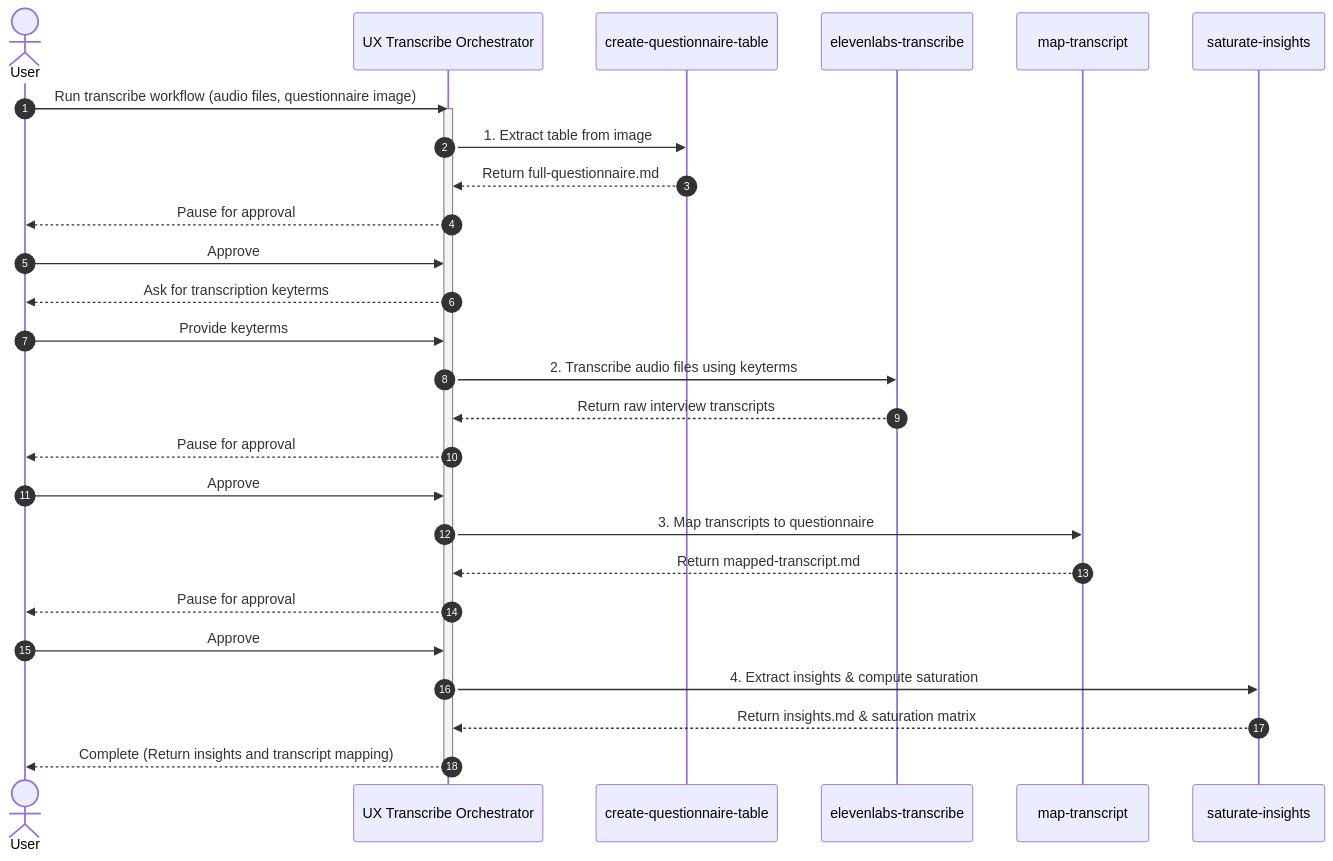
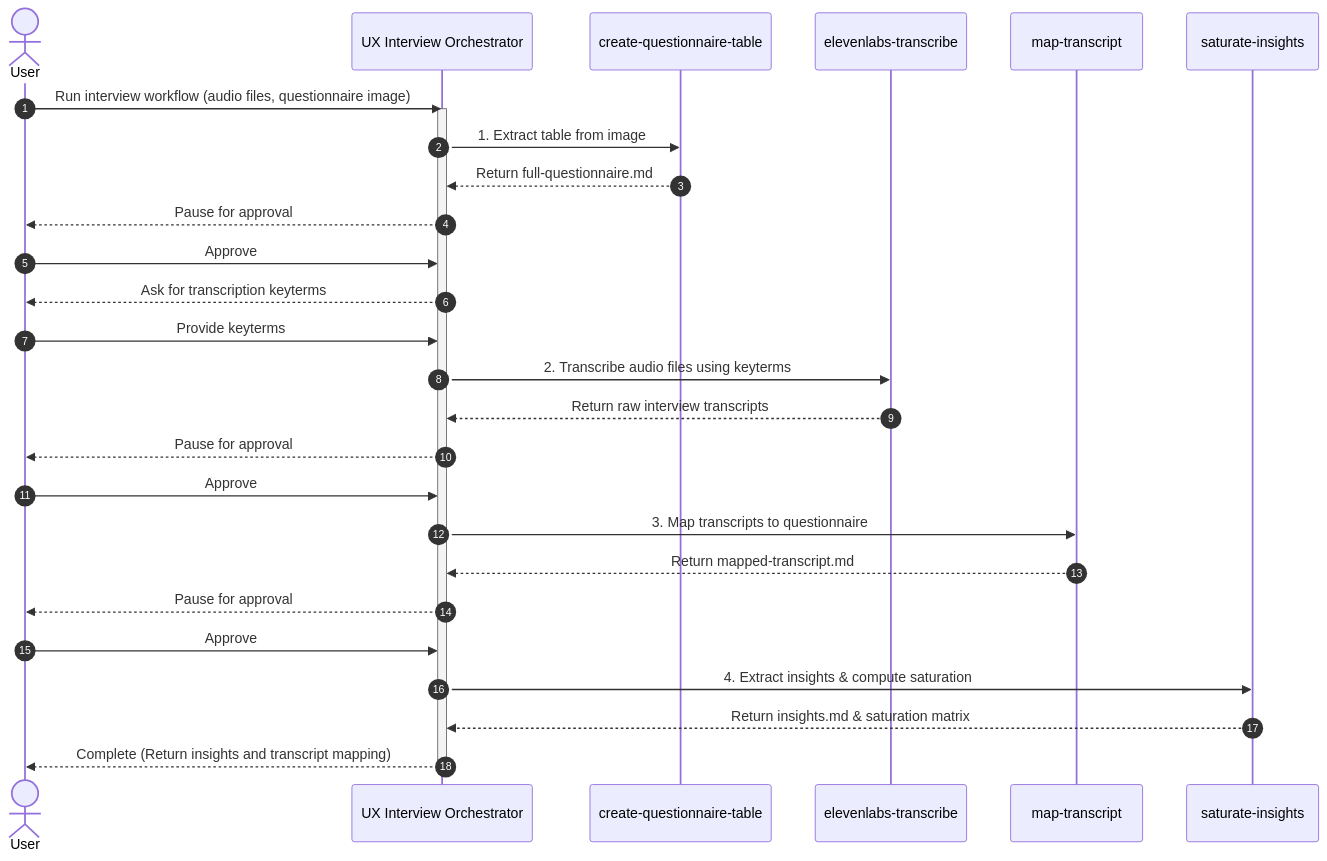
Before and after one commit to nguyenlamhai89/UX-Agent: the first of 2 diagrams in README.md, drawn with Mermaid. The commit also changed other lines of this file and 49 other files, not shown here.

Commit message:
update: rename ux-transcribe workflow to ux-interview and update related documents

````diff
--- a/README.md
+++ b/README.md
@@ -28,37 +28,37 @@
 ```mermaid
 sequenceDiagram
     autonumber
     actor User
-    participant Orchestrator as UX Transcribe Orchestrator
+    participant Orchestrator as UX Interview Orchestrator
     participant CQT as create-questionnaire-table
     participant STT as elevenlabs-transcribe
     participant MT as map-transcript
     participant SA as saturate-insights
 
-    User->>Orchestrator: Run transcribe workflow (audio files, questionnaire image)
+    User->>Orchestrator: Run interview workflow (audio files, questionnaire image)
     activate Orchestrator
     
     Orchestrator->>CQT: 1. Extract table from image
     CQT-->>Orchestrator: Return full-questionnaire.md
     Orchestrator-->>User: Pause for approval
     User->>Orchestrator: Approve
     
     Orchestrator-->>User: Ask for transcription keyterms
     User->>Orchestrator: Provide keyterms
     
     Orchestrator->>STT: 2. Transcribe audio files using keyterms
     STT-->>Orchestrator: Return raw interview transcripts
     Orchestrator-->>User: Pause for approval
     User->>Orchestrator: Approve
     
     Orchestrator->>MT: 3. Map transcripts to questionnaire
     MT-->>Orchestrator: Return mapped-transcript.md
     Orchestrator-->>User: Pause for approval
     User->>Orchestrator: Approve
     
     Orchestrator->>SA: 4. Extract insights & compute saturation
     SA-->>Orchestrator: Return insights.md & saturation matrix
     
     Orchestrator-->>User: Complete (Return insights and transcript mapping)
     deactivate Orchestrator
 ```
````
